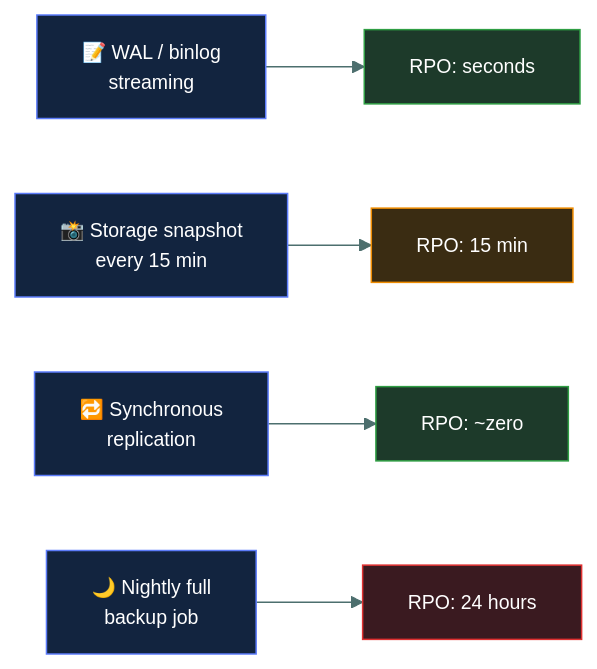
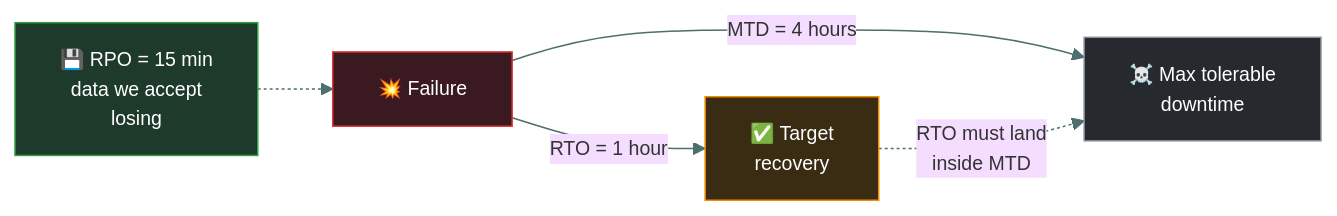
The fourth of 4 diagrams in 02-security-governance/rto-rpo-mtd/README.md (tarunTejaDesireddy/cc-exam-prep), drawn with Mermaid before and after one commit. The commit also changed other lines of this file and 1 other file, not shown here.

First line of the commit message:
Rewrite RTO vs RPO vs MTD with real timeline diagrams

````diff
--- a/02-security-governance/rto-rpo-mtd/README.md
+++ b/02-security-governance/rto-rpo-mtd/README.md
@@ -216,17 +224,13 @@
 ```mermaid
-%%{init: {'theme':'base','themeVariables':{'fontSize':'13px','lineColor':'#4d6f6e','textColor':'#dbe7e6'}}}%%
+%%{init: {'theme':'base','themeVariables':{'fontFamily':'Segoe UI, Helvetica Neue, Arial, sans-serif','fontSize':'13px','lineColor':'#4d6f6e','textColor':'#dbe7e6'}}}%%
 flowchart LR
-    WAL["📝 WAL / binlog<br/>streaming"] --> R0["RPO: seconds"]
-    SNAP["📸 Storage snapshot<br/>every 15 min"] --> R15["RPO: 15 min"]
-    SYNC["🔁 Synchronous<br/>replication"] --> RZ["RPO: ~zero"]
-    NIGHT["🌙 Nightly full<br/>backup job"] --> R24["RPO: 24 hours"]
+    RPO["💾 RPO = 15 min<br/>data we accept<br/>losing"] -.-> F["💥 Failure"]
+    F -->|"RTO = 1 hour"| RT["✅ Target<br/>recovery"]
+    F -->|"MTD = 4 hours"| MT["☠️ Max tolerable<br/>downtime"]
+    RT -.->|"RTO must land<br/>inside MTD"| MT
 
-    style WAL fill:#12243f,stroke:#5C7CFA,color:#fff
-    style SNAP fill:#12243f,stroke:#5C7CFA,color:#fff
-    style SYNC fill:#12243f,stroke:#5C7CFA,color:#fff
-    style NIGHT fill:#12243f,stroke:#5C7CFA,color:#fff
-    style R0 fill:#1d3a2a,stroke:#2F9E44,color:#fff
-    style R15 fill:#3a2c12,stroke:#F08C00,color:#fff
-    style RZ fill:#1d3a2a,stroke:#2F9E44,color:#fff
-    style R24 fill:#3a1a20,stroke:#E03131,color:#fff
+    style RPO fill:#1d3a2a,stroke:#2F9E44,color:#fff
+    style F fill:#3a1a20,stroke:#E03131,color:#fff
+    style RT fill:#3a2c12,stroke:#F08C00,color:#fff
+    style MT fill:#26292e,stroke:#868E96,color:#fff
 ```
````
